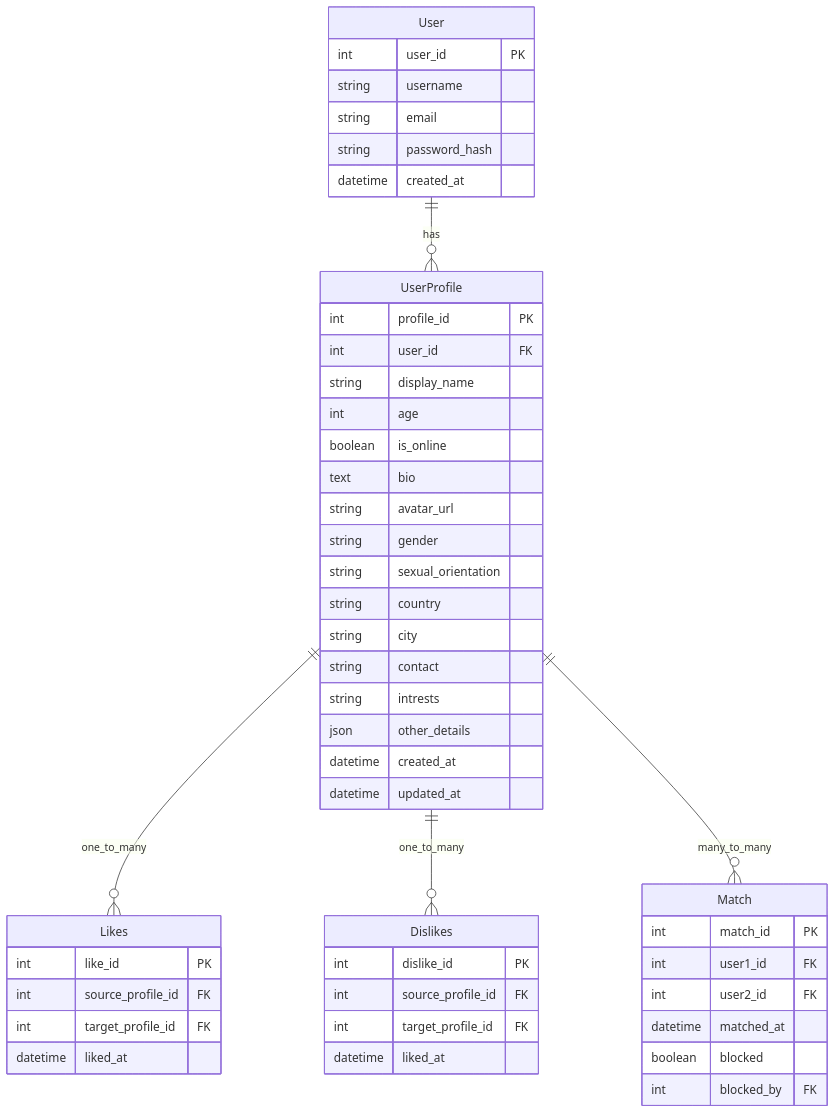
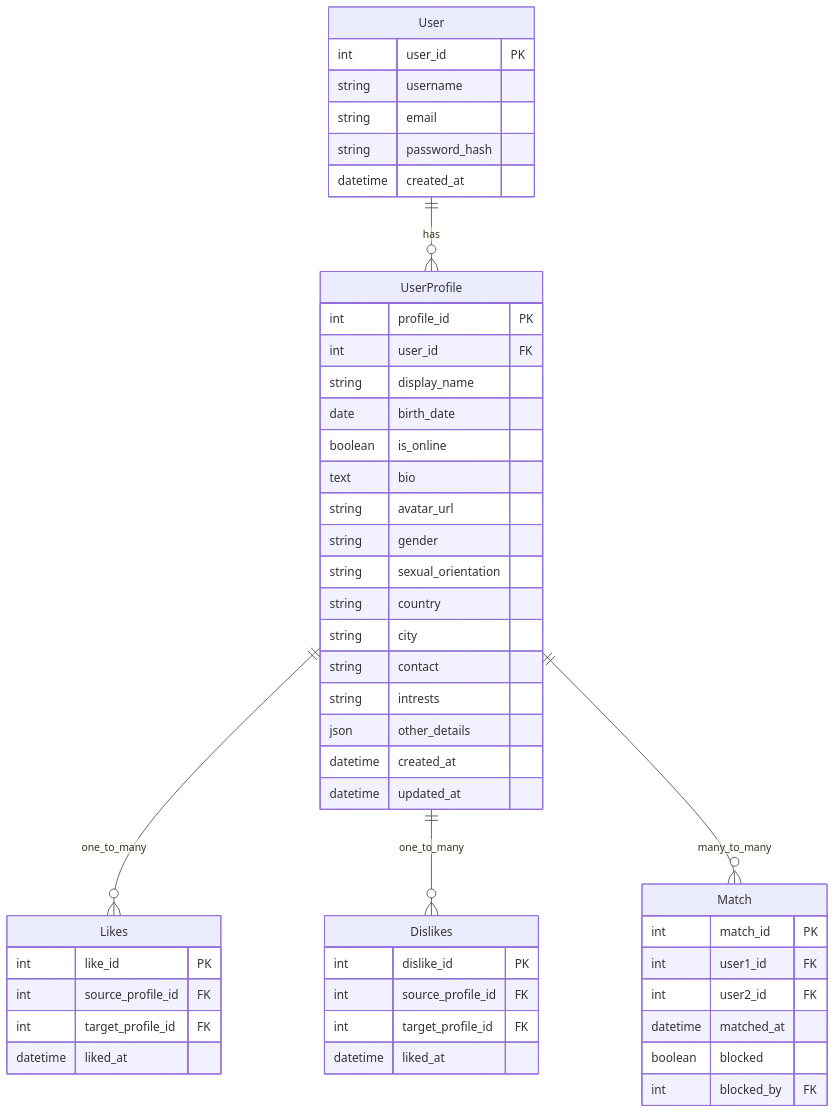
Before and after one commit to dimitri-edel/team-5: the diagram in README.md, drawn with Mermaid. The commit also changed other lines of this file and 1 other file, not shown here.

Commit message:
Replace UserProfile.age with UserProfile.birth_date in the ERD in README

````diff
--- a/README.md
+++ b/README.md
@@ -132,56 +132,57 @@
 ```mermaid
 erDiagram
     User {
         int user_id PK
         string username
         string email
         string password_hash
         datetime created_at
     }
     UserProfile {
         int profile_id PK
         int user_id FK
         string display_name
-        int age
+        date birth_date
         boolean is_online
         text bio
         string avatar_url
         string gender
         string sexual_orientation
         string country
         string city
         string contact
         string intrests
         json other_details
         datetime created_at
         datetime updated_at
     }
     Match {
         int match_id PK
         int user1_id FK
         int user2_id FK
         datetime matched_at
         boolean blocked
         int blocked_by FK
     }
     %% blocked_by: user_id of the user who initiated the block
     
     Likes {
         int like_id PK
         int source_profile_id FK
         int target_profile_id FK
         datetime liked_at
     }
 
     Dislikes {
         int dislike_id PK
         int source_profile_id FK
         int target_profile_id FK
         datetime liked_at
     }
 
+
     User ||--o{ UserProfile : has
     UserProfile ||--o{ Likes : one_to_many
     UserProfile ||--o{ Dislikes : one_to_many
     UserProfile ||--o{ Match : many_to_many   
 ```
````
